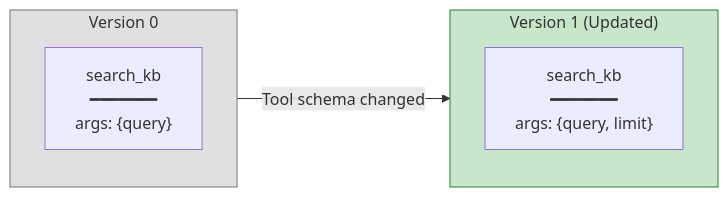
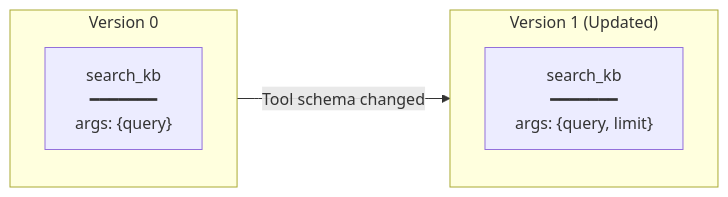
Before and after one commit to agentcontrol/agent-control: the fifth of 6 diagrams in diagrams/07-agent-lifecycle.md, drawn with Mermaid. The commit also changed other lines of this file and 9 other files, not shown here.

````diff
--- a/diagrams/07-agent-lifecycle.md
+++ b/diagrams/07-agent-lifecycle.md
@@ -130,15 +126,12 @@
 ```mermaid
 flowchart LR
     subgraph v0["Version 0"]
         t0["search_kb<br/>━━━━━━━<br/>args: {query}"]
     end
 
     subgraph v1["Version 1 (Updated)"]
         t1["search_kb<br/>━━━━━━━<br/>args: {query, limit}"]
     end
 
     v0 -->|"Tool schema changed"| v1
-
-    style v0 fill:#e0e0e0,stroke:#757575
-    style v1 fill:#c8e6c9,stroke:#2e7d32
 ```
````
